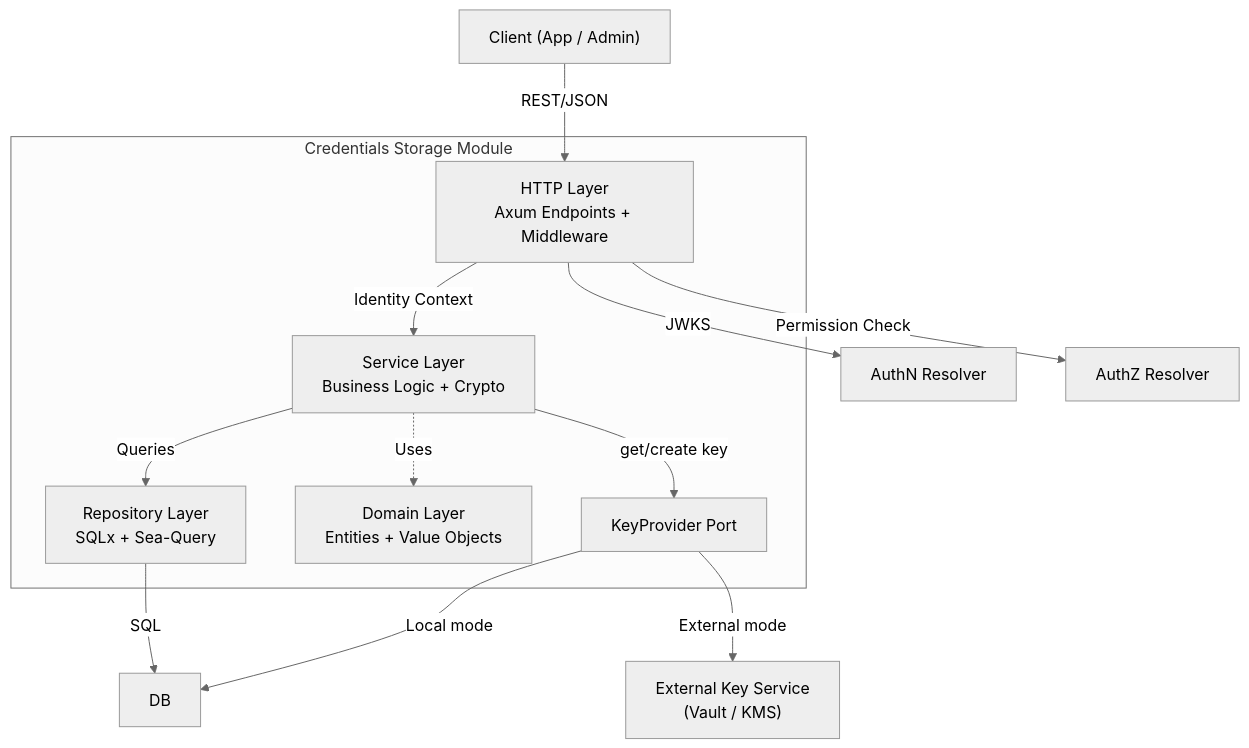
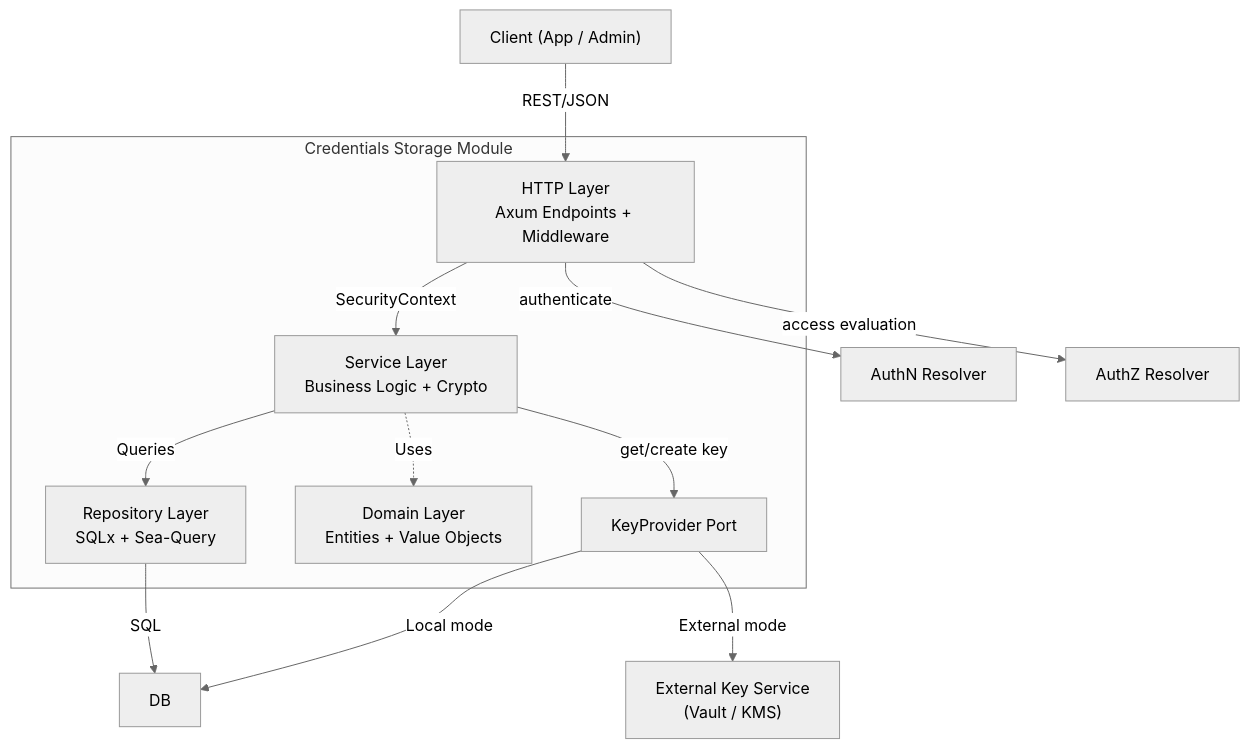
Before and after one commit to nullhypothesic/cyberfabric-core: the first of 4 diagrams in modules/credstore/plugins/credentials-storage/DESIGN.md, drawn with Mermaid (neutral theme). The commit also changed other lines of this file and 2 other files, not shown here.

````diff
--- a/modules/credstore/plugins/credentials-storage/DESIGN.md
+++ b/modules/credstore/plugins/credentials-storage/DESIGN.md
@@ -72,28 +72,28 @@
 ```mermaid
 graph TB
     Client["Client (App / Admin)"]
 
     subgraph "Credentials Storage Module"
         HTTP["HTTP Layer<br/>Axum Endpoints + Middleware"]
         SVC["Service Layer<br/>Business Logic + Crypto"]
         REPO["Repository Layer<br/>SQLx + Sea-Query"]
         DOM["Domain Layer<br/>Entities + Value Objects"]
         KP["KeyProvider Port"]
     end
 
     DB["DB"]
     AUTHN["AuthN Resolver"]
     AUTHZ["AuthZ Resolver"]
     EXT_KMS["External Key Service<br/>(Vault / KMS)"]
 
     Client -->|"REST/JSON"| HTTP
-    HTTP -->|"Identity Context"| SVC
+    HTTP -->|"SecurityContext"| SVC
     SVC -->|"Queries"| REPO
     SVC -->|"get/create key"| KP
     SVC -.->|"Uses"| DOM
     REPO -->|"SQL"| DB
     KP -->|"Local mode"| DB
     KP -->|"External mode"| EXT_KMS
-    HTTP -->|"JWKS"| AUTHN
-    HTTP -->|"Permission Check"| AUTHZ
+    HTTP -->|"authenticate"| AUTHN
+    HTTP -->|"access evaluation"| AUTHZ
 ```
````
